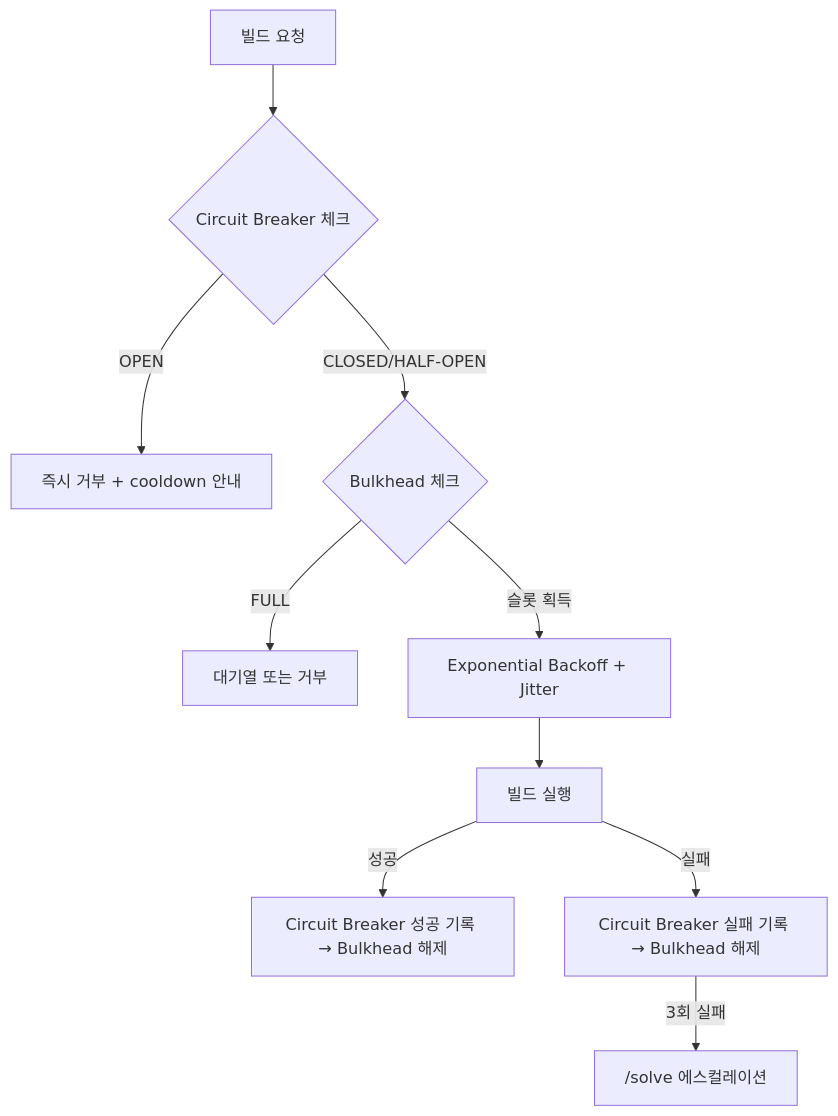
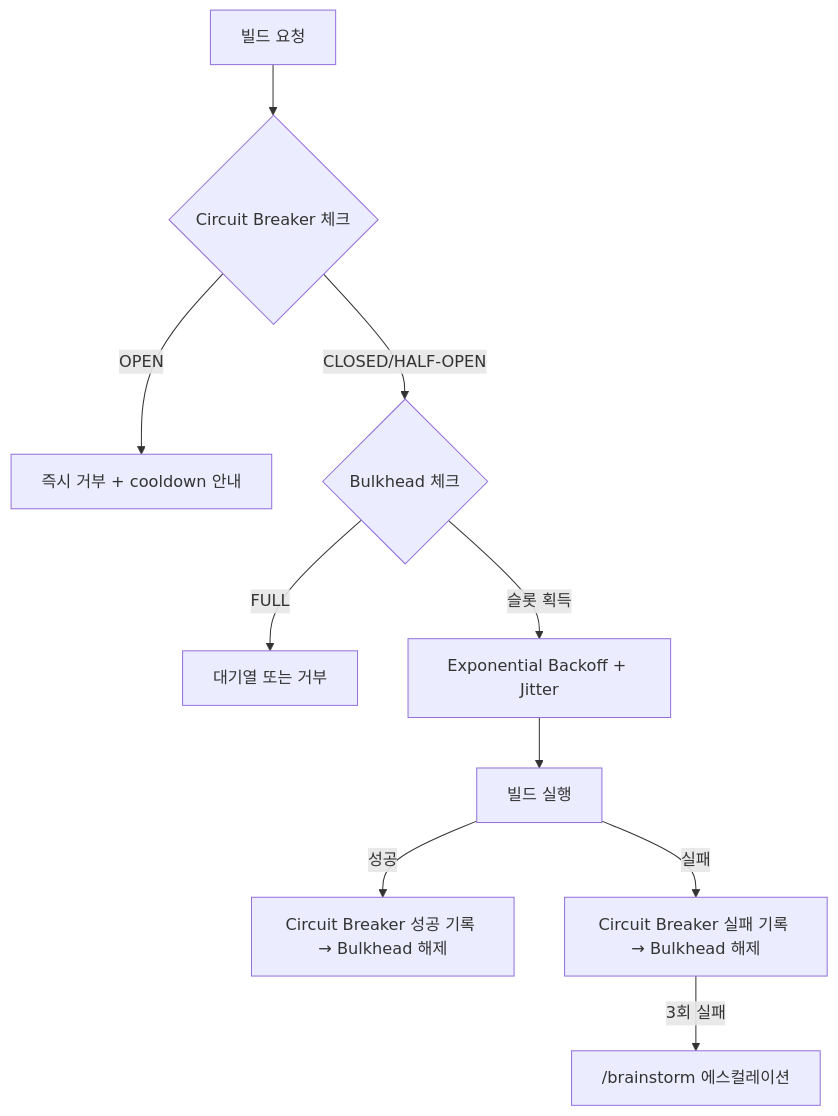
The second of 2 diagrams in plugins/calab-plugin/agents/build-error-resolver.md (Wondermove-Inc/calab-claude-plugin), drawn with Mermaid before and after one commit. The commit also changed other lines of this file and 69 other files, not shown here.

First line of the commit message:
refactor: 워크플로우 간소화 — /dev,/solve 제거, /brainstorm,/plan 도입

````diff
--- a/plugins/calab-plugin/agents/build-error-resolver.md
+++ b/plugins/calab-plugin/agents/build-error-resolver.md
@@ -428,12 +436,12 @@
 ```mermaid
 graph TD
     REQ["빌드 요청"] --> CB{"Circuit Breaker 체크"}
     CB -->|OPEN| REJECT["즉시 거부 + cooldown 안내"]
     CB -->|CLOSED/HALF-OPEN| BH{"Bulkhead 체크"}
     BH -->|FULL| QUEUE["대기열 또는 거부"]
     BH -->|슬롯 획득| BACKOFF["Exponential Backoff + Jitter"]
     BACKOFF --> BUILD["빌드 실행"]
     BUILD -->|성공| SUCCESS["Circuit Breaker 성공 기록 → Bulkhead 해제"]
     BUILD -->|실패| FAIL["Circuit Breaker 실패 기록 → Bulkhead 해제"]
-    FAIL -->|"3회 실패"| SOLVE["/solve 에스컬레이션"]
+    FAIL -->|"3회 실패"| SOLVE["/brainstorm 에스컬레이션"]
 ```
````
